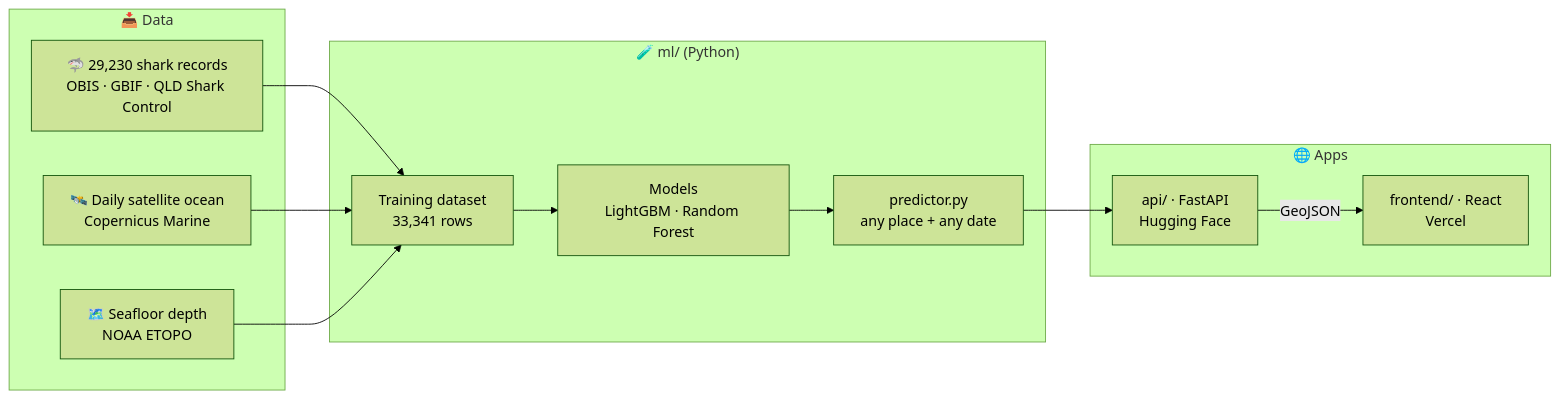
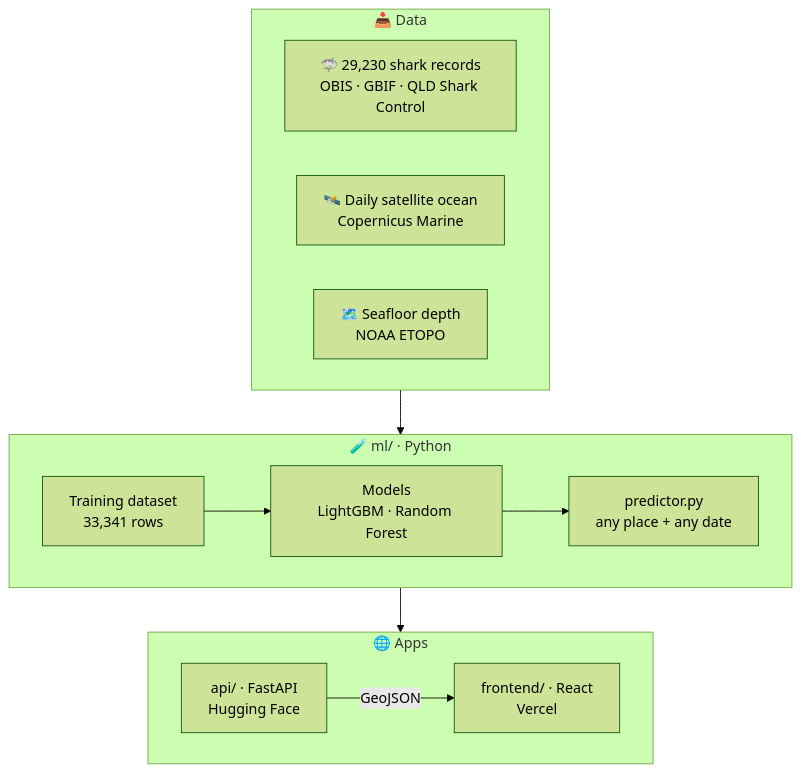
Before and after one commit to ShougataDas/Sharko-Australia: the first of 2 diagrams in README.md, drawn with Mermaid (forest theme).

Commit message:
README: top-down architecture diagram for readability

````diff
--- a/README.md
+++ b/README.md
@@ -52,21 +52,18 @@
 ```mermaid
-flowchart LR
+flowchart TB
     subgraph DATA["📥 Data"]
+        direction LR
         A["🦈 29,230 shark records<br/>OBIS · GBIF · QLD Shark Control"]
         B["🛰️ Daily satellite ocean<br/>Copernicus Marine"]
         C["🗺️ Seafloor depth<br/>NOAA ETOPO"]
     end
-    subgraph ML["🧪 ml/ (Python)"]
-        D["Training dataset<br/>33,341 rows"]
-        E["Models<br/>LightGBM · Random Forest"]
-        F["predictor.py<br/>any place + any date"]
+    subgraph ML["🧪 ml/ · Python"]
+        direction LR
+        D["Training dataset<br/>33,341 rows"] --> E["Models<br/>LightGBM · Random Forest"] --> F["predictor.py<br/>any place + any date"]
     end
     subgraph APP["🌐 Apps"]
-        G["api/ · FastAPI<br/>Hugging Face"]
-        H["frontend/ · React<br/>Vercel"]
+        direction LR
+        G["api/ · FastAPI<br/>Hugging Face"] -->|GeoJSON| H["frontend/ · React<br/>Vercel"]
     end
-    A --> D
-    B --> D
-    C --> D
-    D --> E --> F --> G -->|GeoJSON| H
+    DATA --> ML --> APP
 ```
````
